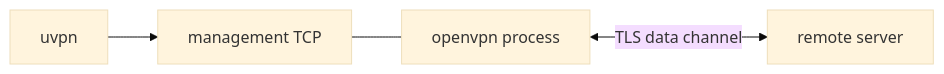
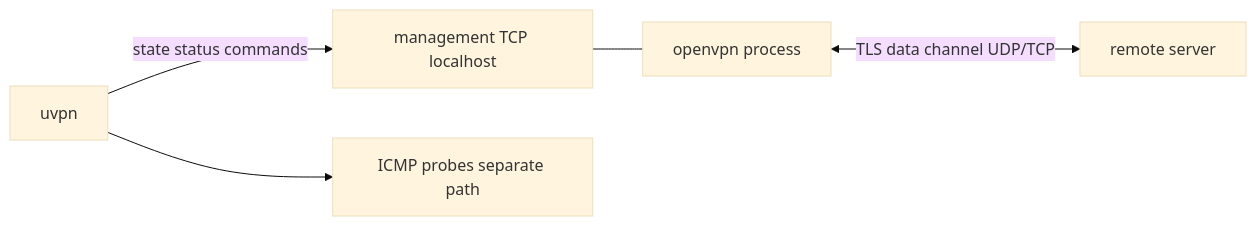
One commit to roto31/Tunnel-Monitor---Universal changed the first of 4 diagrams in docs/vpn-solutions/openvpn.md. Above: the diagram before and after it, drawn with Mermaid (base theme). The commit also changed other lines of this file and 25 other files, not shown here.

First line of the commit message:
Docs: add vendor citations, topology SVGs, and updated Mermaid.

````diff
--- a/docs/vpn-solutions/openvpn.md
+++ b/docs/vpn-solutions/openvpn.md
@@ -24,6 +28,7 @@
 ```mermaid
 flowchart LR
-    OC[openvpn process] <-->|TLS data channel| OS[remote server]
-    MGMT[management TCP] --- OC
-    uvpn --> MGMT
+    OC[openvpn process] <-->|TLS data channel UDP/TCP| OS[remote server]
+    MGMT[management TCP localhost] --- OC
+    uvpn -->|state status commands| MGMT
+    uvpn --> P[ICMP probes separate path]
 ```
````
